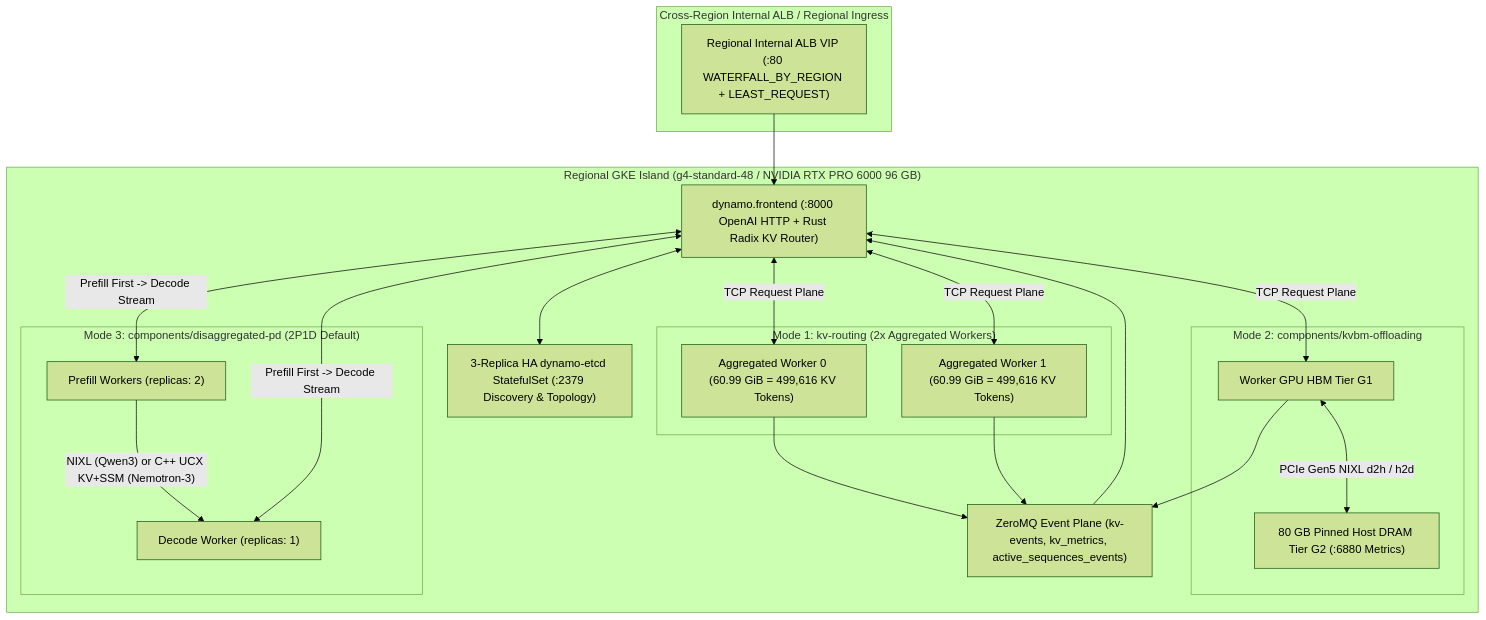
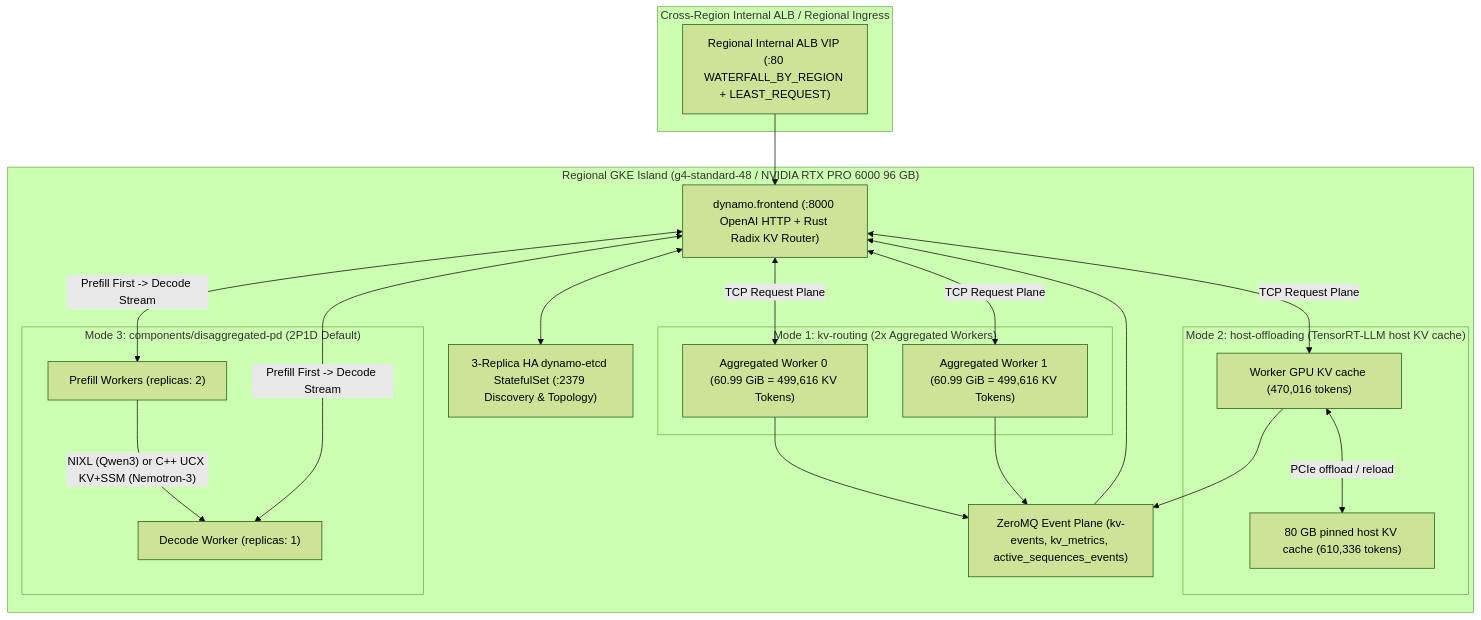
Before and after one commit to GoogleCloudPlatform/accelerated-platforms: the first of 2 diagrams in docs/platforms/gke/base/use-cases/inference-ref-arch/dynamo-trtllm-reference-architecture.md, drawn with Mermaid (forest theme). The commit also changed other lines of this file and 5 other files, not shown here.

````diff
--- a/docs/platforms/gke/base/use-cases/inference-ref-arch/dynamo-trtllm-reference-architecture.md
+++ b/docs/platforms/gke/base/use-cases/inference-ref-arch/dynamo-trtllm-reference-architecture.md
@@ -67,31 +69,31 @@
 ```mermaid
 flowchart TD
   subgraph GLB["Cross-Region Internal ALB / Regional Ingress"]
     VIP["Regional Internal ALB VIP (:80 WATERFALL_BY_REGION + LEAST_REQUEST)"]
   end
 
   subgraph ISLAND["Regional GKE Island (g4-standard-48 / NVIDIA RTX PRO 6000 96 GB)"]
     FE["dynamo.frontend (:8000 OpenAI HTTP + Rust Radix KV Router)"]
     ETCD["3-Replica HA dynamo-etcd StatefulSet (:2379 Discovery & Topology)"]
     ZMQ["ZeroMQ Event Plane (kv-events, kv_metrics, active_sequences_events)"]
 
     subgraph M1["Mode 1: kv-routing (2x Aggregated Workers)"]
       W1["Aggregated Worker 0 (60.99 GiB = 499,616 KV Tokens)"]
       W2["Aggregated Worker 1 (60.99 GiB = 499,616 KV Tokens)"]
     end
 
-    subgraph M2["Mode 2: components/kvbm-offloading"]
-      G1["Worker GPU HBM Tier G1"] <-->|"PCIe Gen5 NIXL d2h / h2d"| G2["80 GB Pinned Host DRAM Tier G2 (:6880 Metrics)"]
+    subgraph M2["Mode 2: host-offloading (TensorRT-LLM host KV cache)"]
+      G1["Worker GPU KV cache (470,016 tokens)"] <-->|"PCIe offload / reload"| G2["80 GB pinned host KV cache (610,336 tokens)"]
     end
 
     subgraph M3["Mode 3: components/disaggregated-pd (2P1D Default)"]
       PF["Prefill Workers (replicas: 2)"] -->|"NIXL (Qwen3) or C++ UCX KV+SSM (Nemotron-3)"| DC["Decode Worker (replicas: 1)"]
     end
   end
 
   VIP --> FE
   FE <--> ETCD
   FE <-->|"TCP Request Plane"| W1 & W2 & G1
   FE <-->|"Prefill First -> Decode Stream"| PF & DC
   W1 & W2 & G1 --> ZMQ --> FE
 ```
````
